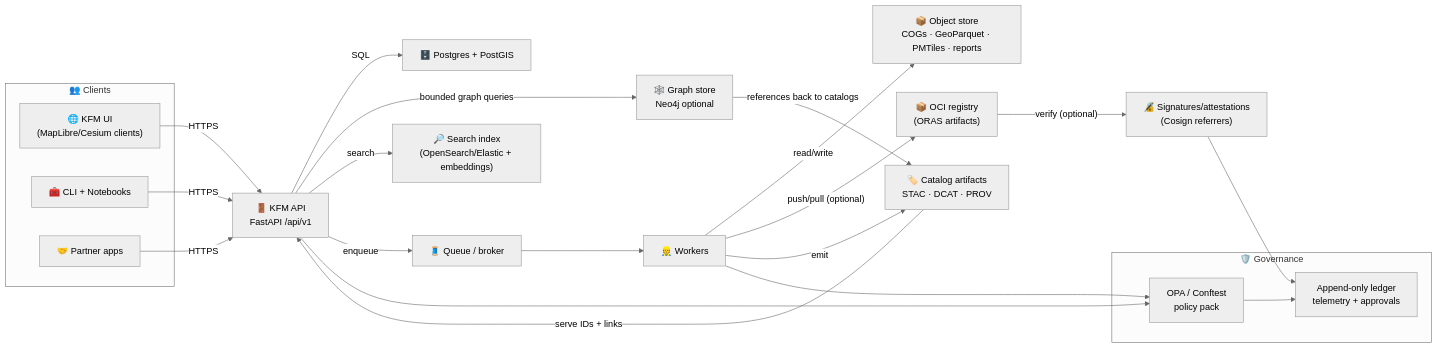
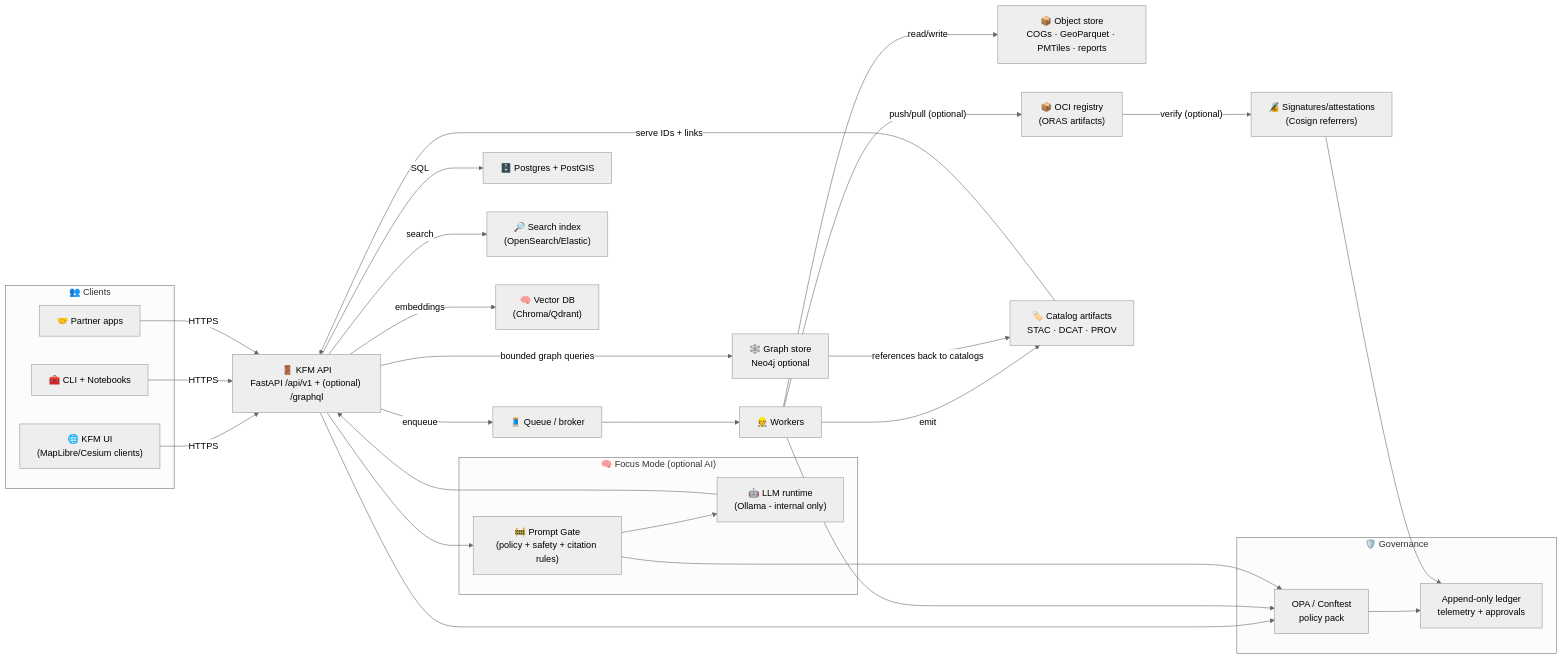
Before and after one commit to bartytime4life/Kansas-Frontier-Matrix: the first of 2 diagrams in api/README.md, drawn with Mermaid (neutral theme). The commit also changed other lines of this file, not shown here.

````diff
--- a/api/README.md
+++ b/api/README.md
@@ -289,38 +354,49 @@
 ```mermaid
 flowchart LR
   subgraph Clients["👥 Clients"]
     UI["🌐 KFM UI\n(MapLibre/Cesium clients)"]
     CLI["🧰 CLI + Notebooks"]
     PARTNER["🤝 Partner apps"]
   end
 
-  UI -->|"HTTPS"| API["🚪 KFM API\nFastAPI /api/v1"]
+  UI -->|"HTTPS"| API["🚪 KFM API\nFastAPI /api/v1 + (optional) /graphql"]
   CLI -->|"HTTPS"| API
   PARTNER -->|"HTTPS"| API
 
   API -->|"SQL"| DB["🗄️ Postgres + PostGIS"]
   API -->|"bounded graph queries"| GRAPH["🕸️ Graph store\nNeo4j optional"]
-  API -->|"search"| SEARCH["🔎 Search index\n(OpenSearch/Elastic + embeddings)"]
+  API -->|"search"| SEARCH["🔎 Search index\n(OpenSearch/Elastic)"]
+  API -->|"embeddings"| VDB["🧠 Vector DB\n(Chroma/Qdrant)"]
 
   API -->|"enqueue"| Q["🧵 Queue / broker"]
   Q --> W["👷 Workers"]
 
   W -->|"read/write"| OBJ["📦 Object store\nCOGs · GeoParquet · PMTiles · reports"]
   W -->|"push/pull (optional)"| OCI["📦 OCI registry\n(ORAS artifacts)"]
   OCI -->|"verify (optional)"| SIG["🔏 Signatures/attestations\n(Cosign referrers)"]
+
+  subgraph Focus["🧠 Focus Mode (optional AI)"]
+    PG["🚧 Prompt Gate\n(policy + safety + citation rules)"]
+    LLM["🤖 LLM runtime\n(Ollama - internal only)"]
+  end
+
+  API --> PG
+  PG --> LLM
+  LLM --> API
 
   W -->|"emit"| CATALOG["🏷️ Catalog artifacts\nSTAC · DCAT · PROV"]
   CATALOG -->|"serve IDs + links"| API
 
   GRAPH -->|"references back to catalogs"| CATALOG
 
   subgraph Governance["🛡️ Governance"]
     OPA["OPA / Conftest\npolicy pack"]
     LEDGER["Append-only ledger\ntelemetry + approvals"]
   end
 
   API --> OPA
   W --> OPA
+  PG --> OPA
   OPA --> LEDGER
   SIG --> LEDGER
 ```
````
